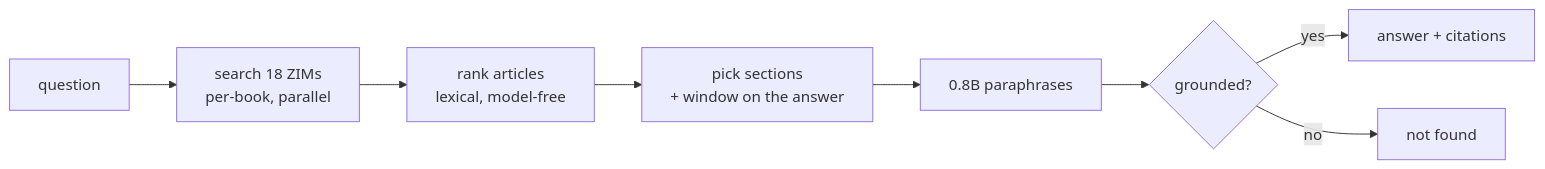
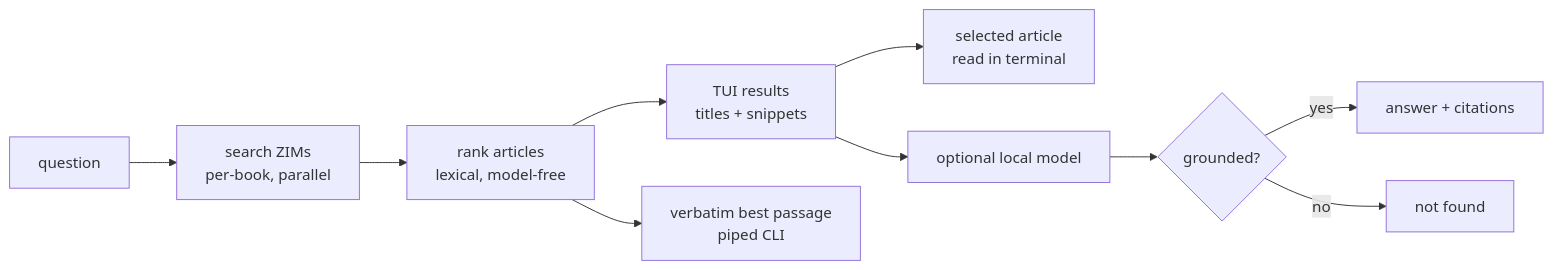
Before and after one commit to Gigoo25/tny: the diagram in README.md, drawn with Mermaid. The commit also changed other lines of this file and 1 other file, not shown here.

````diff
--- a/README.md
+++ b/README.md
@@ -83,10 +94,12 @@
 ```mermaid
 graph LR
-  Q[question] --> S[search 18 ZIMs<br/>per-book, parallel]
+  Q[question] --> S[search ZIMs<br/>per-book, parallel]
   S --> R[rank articles<br/>lexical, model-free]
-  R --> C[pick sections<br/>+ window on the answer]
-  C --> M[0.8B paraphrases]
+  R --> T[TUI results<br/>titles + snippets]
+  T --> V[selected article<br/>read in terminal]
+  R --> E[verbatim best passage<br/>piped CLI]
+  T --> M[optional local model]
   M --> G{grounded?}
   G -->|yes| A[answer + citations]
   G -->|no| N[not found]
 ```
````
